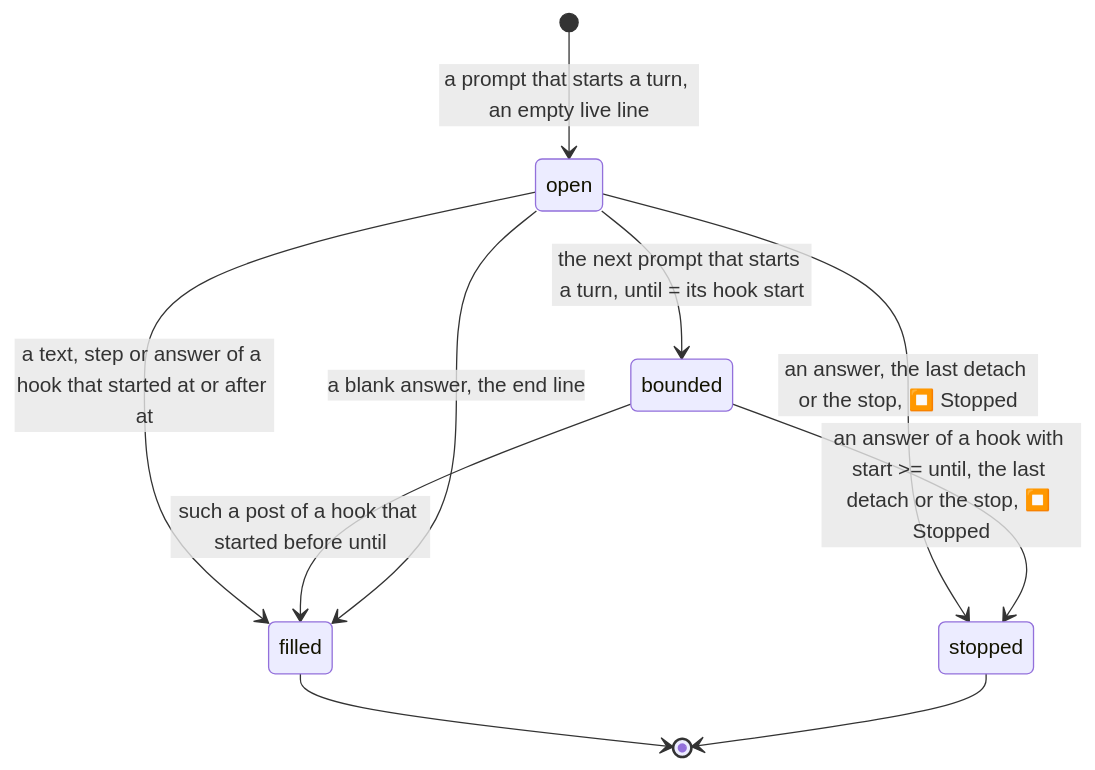
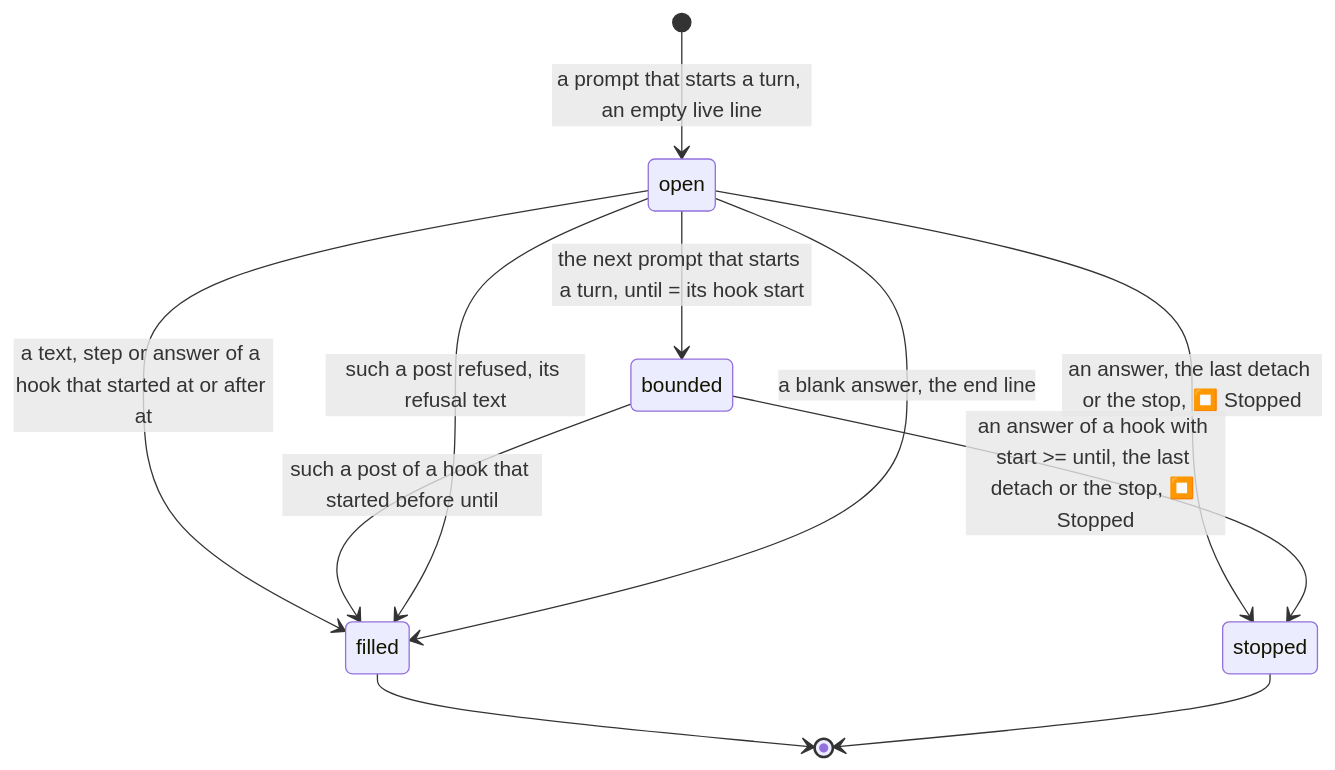
Before and after one commit to simplex-chat/simplex-chat: the fourth of 4 diagrams in plans/2026-11-13-mcp-live-answers.md, drawn with Mermaid. The commit also changed other lines of this file and 8 other files, not shown here.

First line of the commit message:
mcp: one refusal post for a refused answer, in the turn's opening message

````diff
--- a/plans/2026-11-13-mcp-live-answers.md
+++ b/plans/2026-11-13-mcp-live-answers.md
@@ -403,12 +408,13 @@
 ```mermaid
 stateDiagram-v2
   [*] --> open: a prompt that starts a turn, an empty live line
   open --> bounded: the next prompt that starts a turn, until = its hook start
   open --> filled: a text, step or answer of a hook that started at or after at
   bounded --> filled: such a post of a hook that started before until
+  open --> filled: such a post refused, its refusal text
   open --> filled: a blank answer, the end line
   open --> stopped: an answer, the last detach or the stop, ⏹️ Stopped
   bounded --> stopped: an answer of a hook with start >= until, the last detach or the stop, ⏹️ Stopped
   filled --> [*]
   stopped --> [*]
 ```
````
